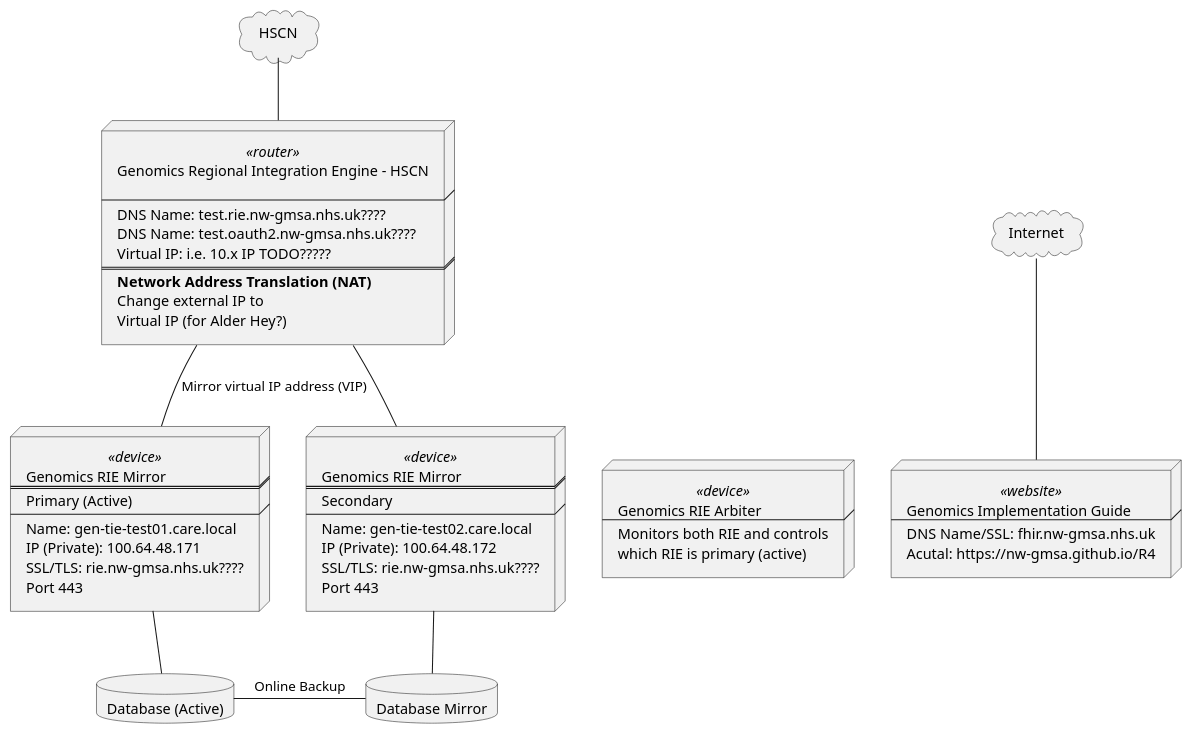
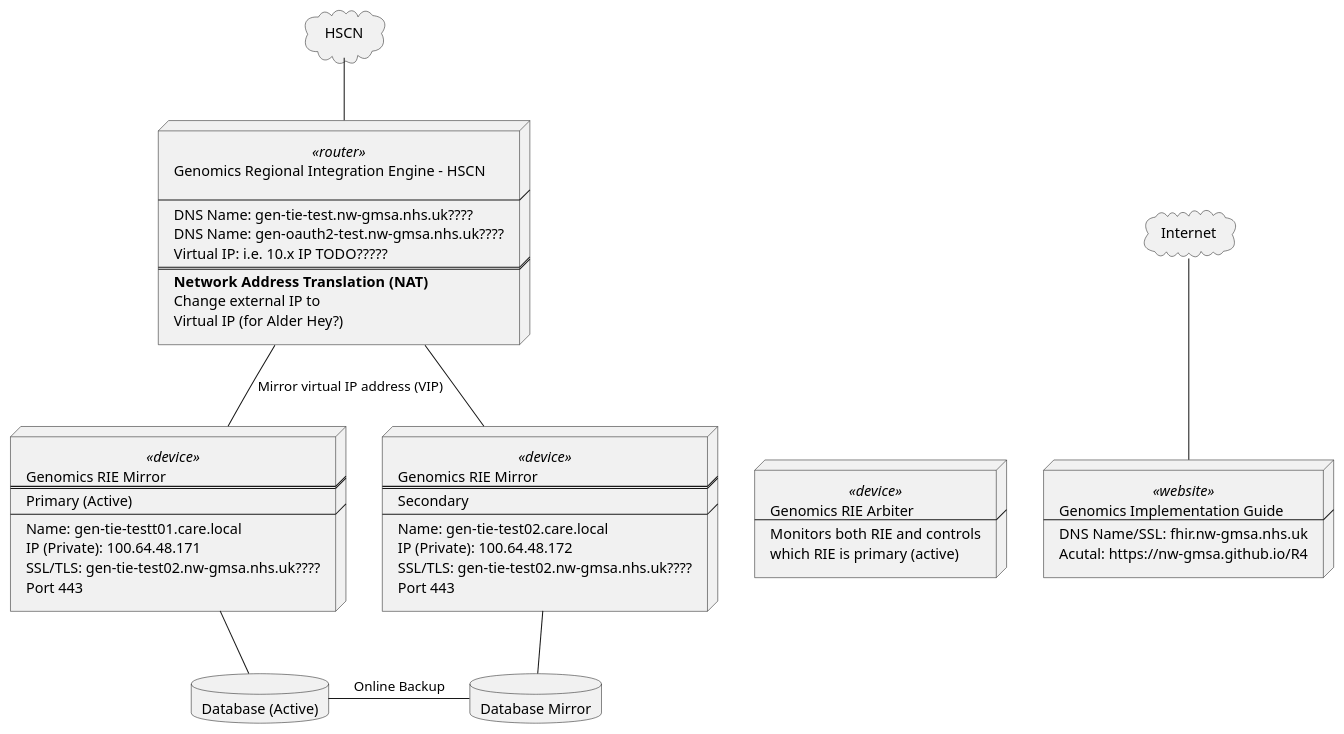
The diagram in input/images-source/deployment.plantuml (nw-gmsa/nw-gmsa.github.com), drawn with PlantUML before and after one commit.

Commit message:
Updated DNS names

```diff
--- a/input/images-source/deployment.plantuml
+++ b/input/images-source/deployment.plantuml
@@ -1,81 +1,81 @@
 @startuml
 
 cloud HSCN [
 HSCN
 ]
 
 cloud internet [
 Internet
 ]
 
 node network <<router>> [
 Genomics Regional Integration Engine - HSCN
 
 ----
-DNS Name: test.rie.nw-gmsa.nhs.uk????
-DNS Name: test.oauth2.nw-gmsa.nhs.uk????
+DNS Name: gen-tie-test.nw-gmsa.nhs.uk????
+DNS Name: gen-oauth2-test.nw-gmsa.nhs.uk????
 Virtual IP: i.e. 10.x IP TODO?????
 ====
 **Network Address Translation (NAT)**
 Change external IP to
 Virtual IP (for Alder Hey?)
 ]
 
 
 node tie1 <<device>> [
 Genomics RIE Mirror
 ====
 Primary (Active)
 ----
-Name: gen-tie-test01.care.local
+Name: gen-tie-testt01.care.local
 IP (Private): 100.64.48.171
-SSL/TLS: rie.nw-gmsa.nhs.uk????
+SSL/TLS: gen-tie-test02.nw-gmsa.nhs.uk????
 Port 443
 ]
 
 node tie2 <<device>> [
 Genomics RIE Mirror
 ====
 Secondary
 ----
 Name: gen-tie-test02.care.local
 IP (Private): 100.64.48.172
-SSL/TLS: rie.nw-gmsa.nhs.uk????
+SSL/TLS: gen-tie-test02.nw-gmsa.nhs.uk????
 Port 443
 ]
 
 node arbiter <<device>> [
 Genomics RIE Arbiter
 ----
 Monitors both RIE and controls
 which RIE is primary (active)
 ]
 
 node ig <<website>> [
 Genomics Implementation Guide
 ----
 DNS Name/SSL: fhir.nw-gmsa.nhs.uk
 Acutal: https://nw-gmsa.github.io/R4
 ]
 
 database database1 [
 Database (Active)
 ]
 
 database database2 [
 Database Mirror
 ]
 
 HSCN -- network
 internet -- ig
 network -d- tie1 : Mirror virtual IP address (VIP)
 network -d- tie2
 
 tie1 -r[hidden]- tie2
 tie2 -r[hidden]- arbiter
 arbiter -r[hidden]- ig
 tie1 -- database1
 database1 -r- database2: Online Backup
 tie2 -- database2
 
 @enduml
```
